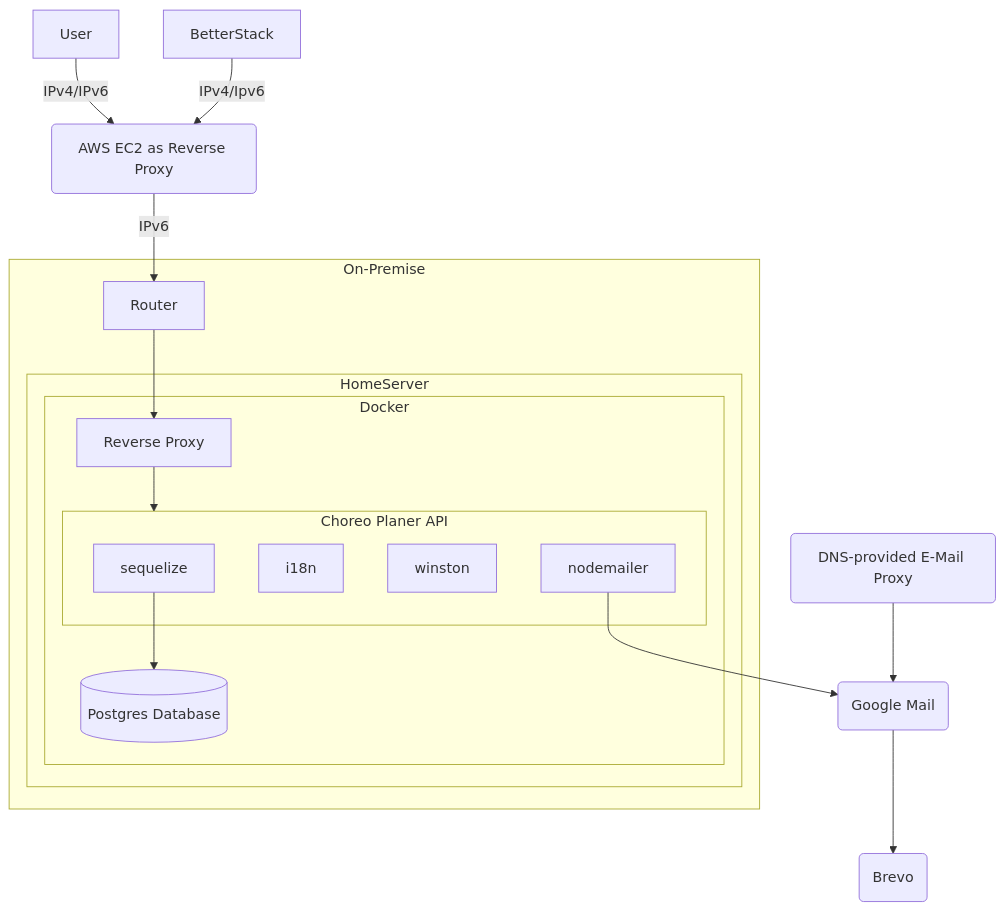
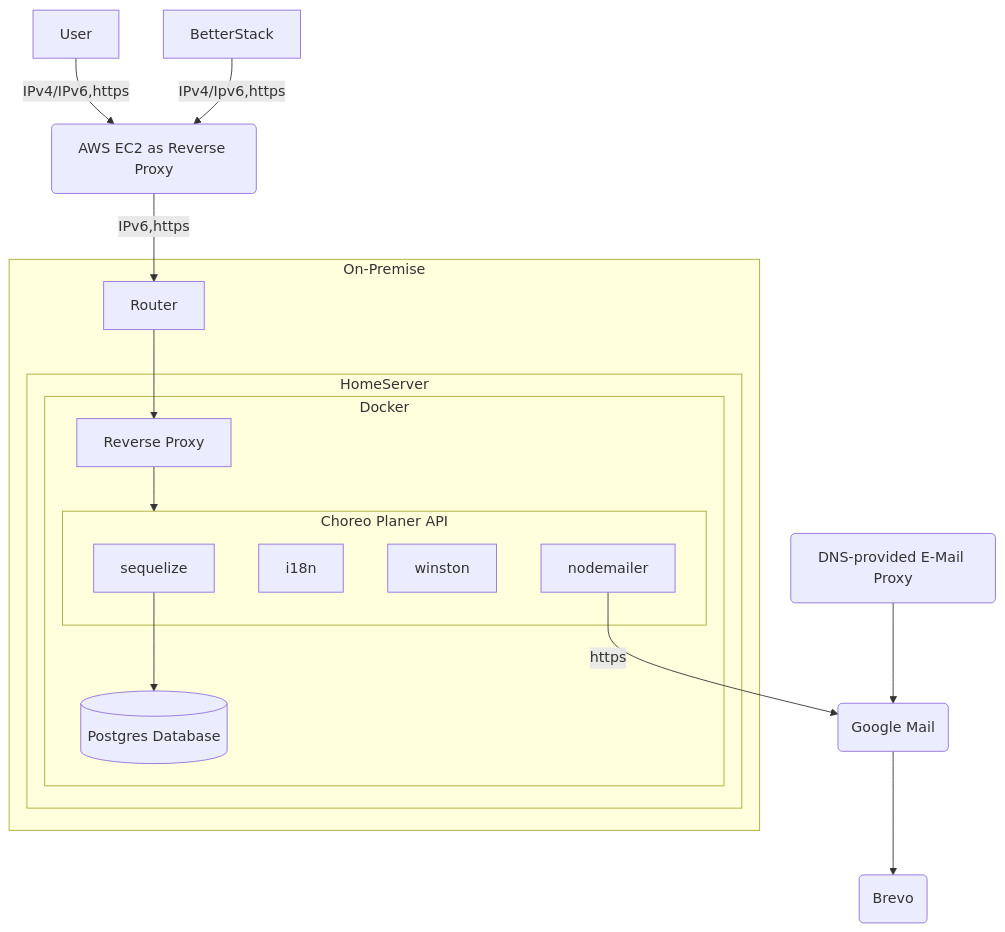
Before and after one commit to andreasnicklaus/cheer-choreo-tool: the diagram in server/README.md, drawn with Mermaid. The commit also changed 2 other files, not shown here.

Commit message:
feat: updates to architecture diagrams

```diff
--- a/server/README.md
+++ b/server/README.md
@@ -69,29 +69,29 @@
 <pre class="mermaid">
 
 graph
-  User --IPv4/IPv6--> aws(AWS EC2 as Reverse Proxy)
-  aws --IPv6--> Router
+  User --IPv4/IPv6,https--> aws(AWS EC2 as Reverse Proxy)
+  aws --IPv6,https--> Router
 
-  BetterStack --IPv4/Ipv6--> aws
+  BetterStack --IPv4/Ipv6,https--> aws
 
   subgraph On-Premise
     Router --> ReverseProxy
     subgraph HomeServer
       subgraph Docker
         ReverseProxy[Reverse Proxy] --> api
         sequelize --> db[(Postgres Database)]
         subgraph api[Choreo Planer API]
           sequelize
           i18n
           winston
           nodemailer
         end
       end
     end
   end
 
-  nodemailer --> GoogleMail(Google Mail)
+  nodemailer --https--> GoogleMail(Google Mail)
   mailProxy(DNS-provided E-Mail Proxy) --> GoogleMail
   GoogleMail --> Brevo(Brevo)
 
 </pre>
```
